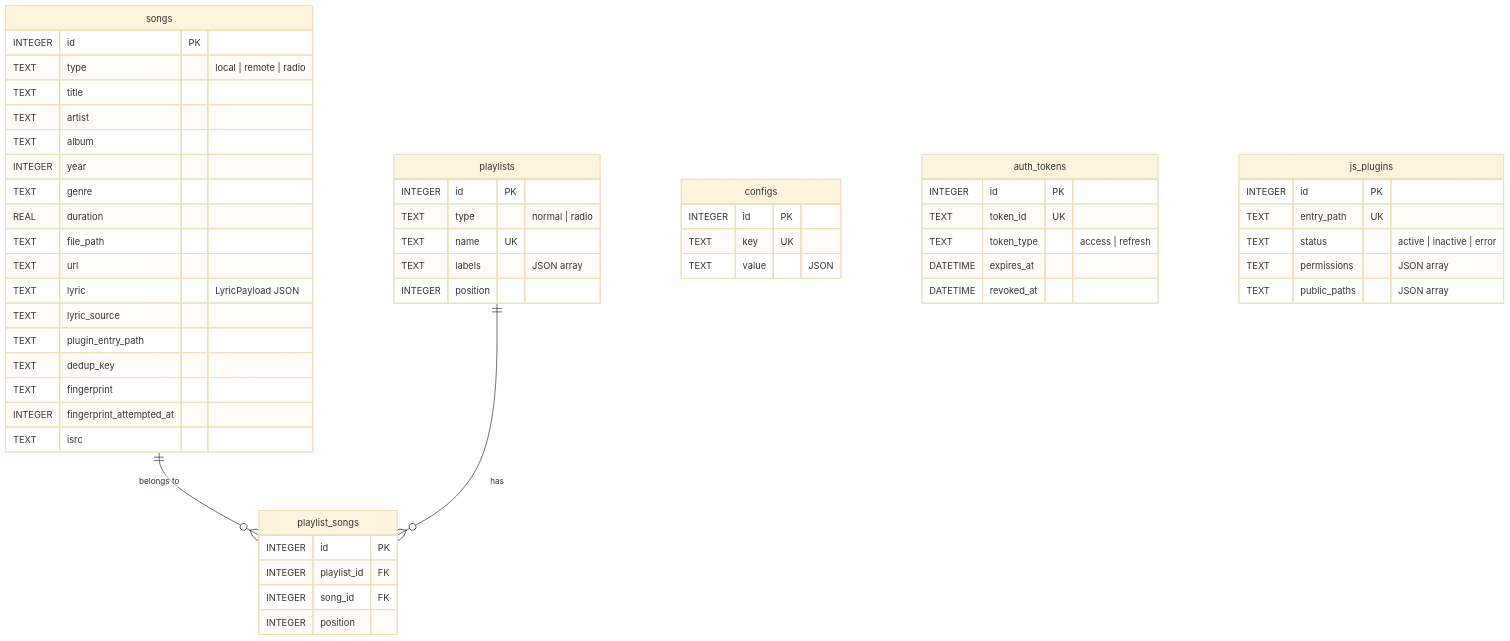
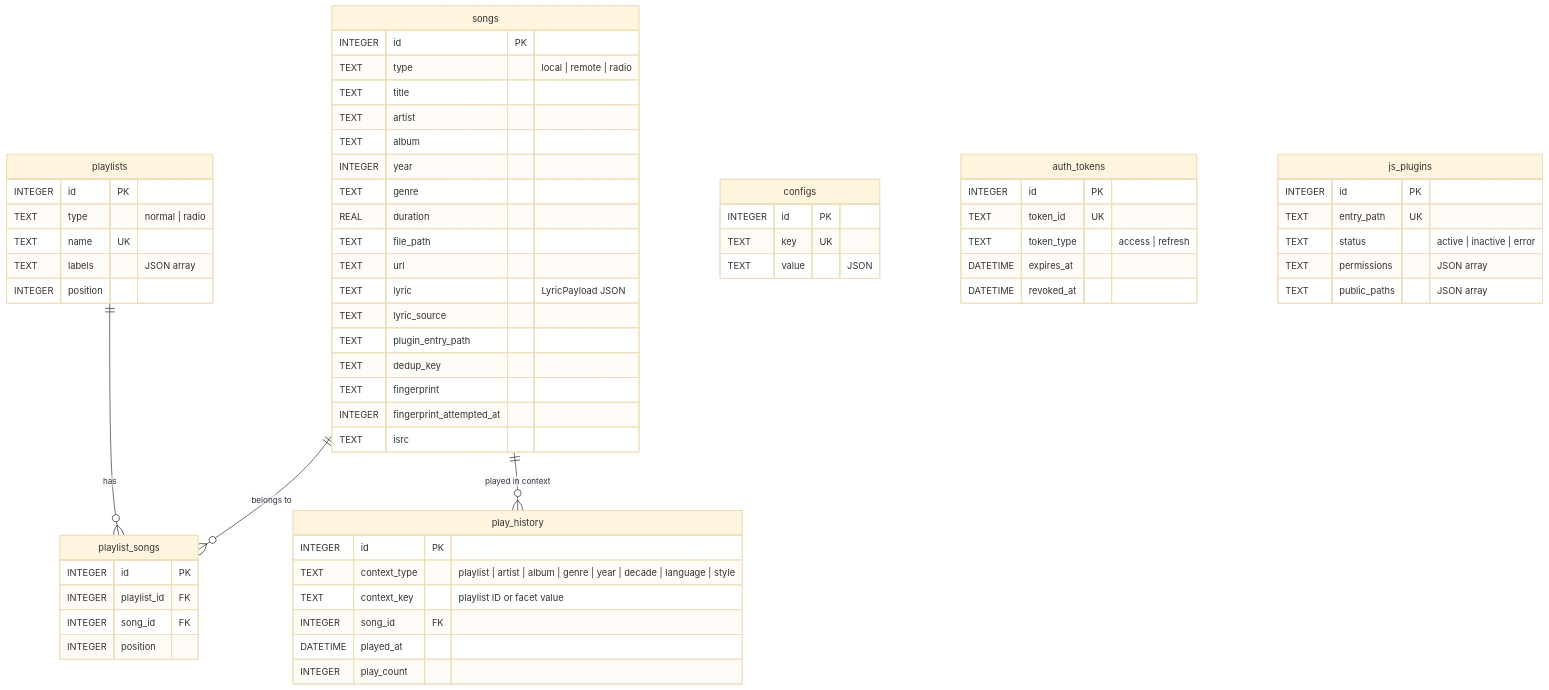
Before and after one commit to CrazyForks/songloft: the first of 2 diagrams in docs/en/repowiki/数据模型设计.md, drawn with Mermaid (base theme). The commit also changed other lines of this file and 38 other files, not shown here.

First line of the commit message:
feat(play-history): 新增按播放上下文的播放历史（歌单/歌手/专辑等）

````diff
--- a/docs/en/repowiki/数据模型设计.md
+++ b/docs/en/repowiki/数据模型设计.md
@@ -48,57 +48,66 @@
 ```mermaid
 erDiagram
     songs ||--o{ playlist_songs : "belongs to"
     playlists ||--o{ playlist_songs : "has"
+    songs ||--o{ play_history : "played in context"
 
     songs {
         INTEGER id PK
         TEXT type "local | remote | radio"
         TEXT title
         TEXT artist
         TEXT album
         INTEGER year
         TEXT genre
         REAL duration
         TEXT file_path
         TEXT url
         TEXT lyric "LyricPayload JSON"
         TEXT lyric_source
         TEXT plugin_entry_path
         TEXT dedup_key
         TEXT fingerprint
         INTEGER fingerprint_attempted_at
         TEXT isrc
     }
     playlists {
         INTEGER id PK
         TEXT type "normal | radio"
         TEXT name UK
         TEXT labels "JSON array"
         INTEGER position
     }
     playlist_songs {
         INTEGER id PK
         INTEGER playlist_id FK
         INTEGER song_id FK
         INTEGER position
     }
     configs {
         INTEGER id PK
         TEXT key UK
         TEXT value "JSON"
     }
     auth_tokens {
         INTEGER id PK
         TEXT token_id UK
         TEXT token_type "access | refresh"
         DATETIME expires_at
         DATETIME revoked_at
     }
     js_plugins {
         INTEGER id PK
         TEXT entry_path UK
         TEXT status "active | inactive | error"
         TEXT permissions "JSON array"
         TEXT public_paths "JSON array"
     }
+    play_history {
+        INTEGER id PK
+        TEXT context_type "playlist | artist | album | genre | year | decade | language | style"
+        TEXT context_key "playlist ID or facet value"
+        INTEGER song_id FK
+        DATETIME played_at
+        INTEGER play_count
+    }
 ```
````
